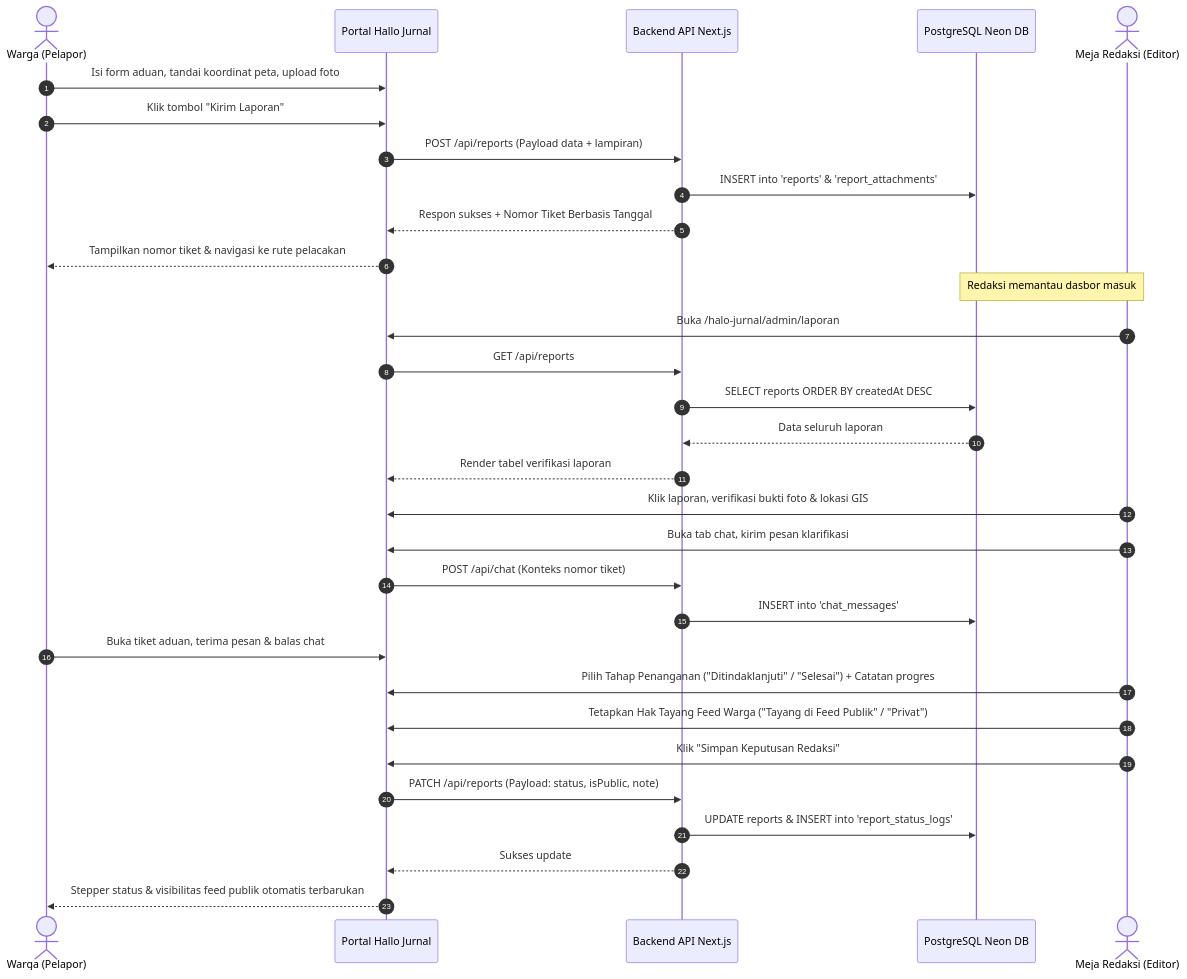
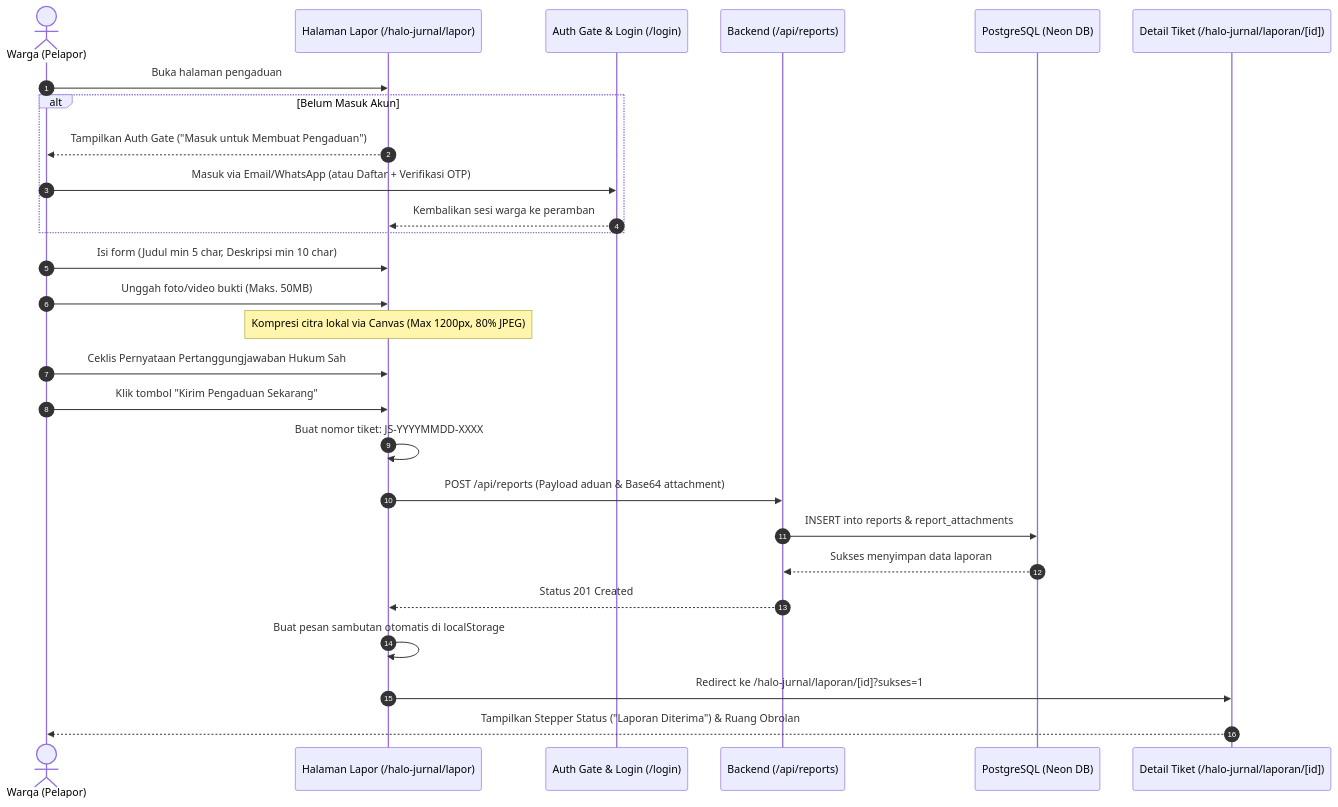
One commit to jurnal-vibes/jurnalvibes-website changed the fifth of 7 diagrams in docs/dokumentasi-sistem.md. Above: the diagram before and after it, drawn with Mermaid. The commit also changed other lines of this file and 14 other files, not shown here.

````diff
--- a/docs/dokumentasi-sistem.md
+++ b/docs/dokumentasi-sistem.md
@@ -835,38 +1281,33 @@
 ```mermaid
 sequenceDiagram
     autonumber
     actor W as Warga (Pelapor)
-    participant UI as Portal Hallo Jurnal
-    participant API as Backend API Next.js
-    participant DB as PostgreSQL Neon DB
-    actor R as Meja Redaksi (Editor)
+    participant UI as Halaman Lapor (/halo-jurnal/lapor)
+    participant Auth as Auth Gate & Login (/login)
+    participant API as Backend (/api/reports)
+    participant DB as PostgreSQL (Neon DB)
+    participant Detail as Detail Tiket (/halo-jurnal/laporan/[id])
 
-    W->>UI: Isi form aduan, tandai koordinat peta, upload foto
-    W->>UI: Klik tombol "Kirim Laporan"
-    UI->>API: POST /api/reports (Payload data + lampiran)
-    API->>DB: INSERT into 'reports' & 'report_attachments'
-    API-->>UI: Respon sukses + Nomor Tiket Berbasis Tanggal
-    UI-->>W: Tampilkan nomor tiket & navigasi ke rute pelacakan
+    W->>UI: Buka halaman pengaduan
+    alt Belum Masuk Akun
+        UI-->>W: Tampilkan Auth Gate ("Masuk untuk Membuat Pengaduan")
+        W->>Auth: Masuk via Email/WhatsApp (atau Daftar + Verifikasi OTP)
+        Auth-->>UI: Kembalikan sesi warga ke peramban
+    end
 
-    Note over R,DB: Redaksi memantau dasbor masuk
-    R->>UI: Buka /halo-jurnal/admin/laporan
-    UI->>API: GET /api/reports
-    API->>DB: SELECT reports ORDER BY createdAt DESC
-    DB-->>API: Data seluruh laporan
-    API-->>UI: Render tabel verifikasi laporan
-    
-    R->>UI: Klik laporan, verifikasi bukti foto & lokasi GIS
-    R->>UI: Buka tab chat, kirim pesan klarifikasi
-    UI->>API: POST /api/chat (Konteks nomor tiket)
-    API->>DB: INSERT into 'chat_messages'
-    
-    W->>UI: Buka tiket aduan, terima pesan & balas chat
-    
-    R->>UI: Pilih Tahap Penanganan ("Ditindaklanjuti" / "Selesai") + Catatan progres
-    R->>UI: Tetapkan Hak Tayang Feed Warga ("Tayang di Feed Publik" / "Privat")
-    R->>UI: Klik "Simpan Keputusan Redaksi"
-    UI->>API: PATCH /api/reports (Payload: status, isPublic, note)
-    API->>DB: UPDATE reports & INSERT into 'report_status_logs'
-    API-->>UI: Sukses update
-    UI-->>W: Stepper status & visibilitas feed publik otomatis terbarukan
+    W->>UI: Isi form (Judul min 5 char, Deskripsi min 10 char)
+    W->>UI: Unggah foto/video bukti (Maks. 50MB)
+    Note over UI: Kompresi citra lokal via Canvas (Max 1200px, 80% JPEG)
+    W->>UI: Ceklis Pernyataan Pertanggungjawaban Hukum Sah
+    W->>UI: Klik tombol "Kirim Pengaduan Sekarang"
+
+    UI->>UI: Buat nomor tiket: JS-YYYYMMDD-XXXX
+    UI->>API: POST /api/reports (Payload aduan & Base64 attachment)
+    API->>DB: INSERT into reports & report_attachments
+    DB-->>API: Sukses menyimpan data laporan
+    API-->>UI: Status 201 Created
+
+    UI->>UI: Buat pesan sambutan otomatis di localStorage
+    UI->>Detail: Redirect ke /halo-jurnal/laporan/[id]?sukses=1#chat
+    Detail-->>W: Tampilkan Stepper Status ("Laporan Diterima") & Ruang Obrolan
 ```
````
